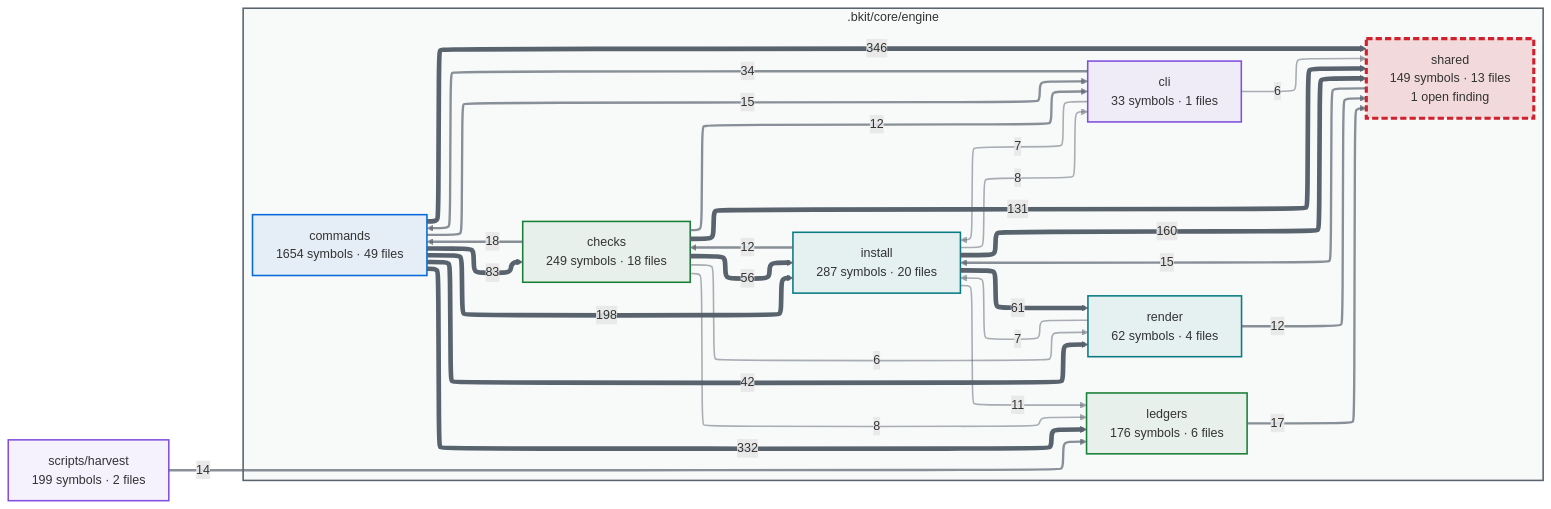
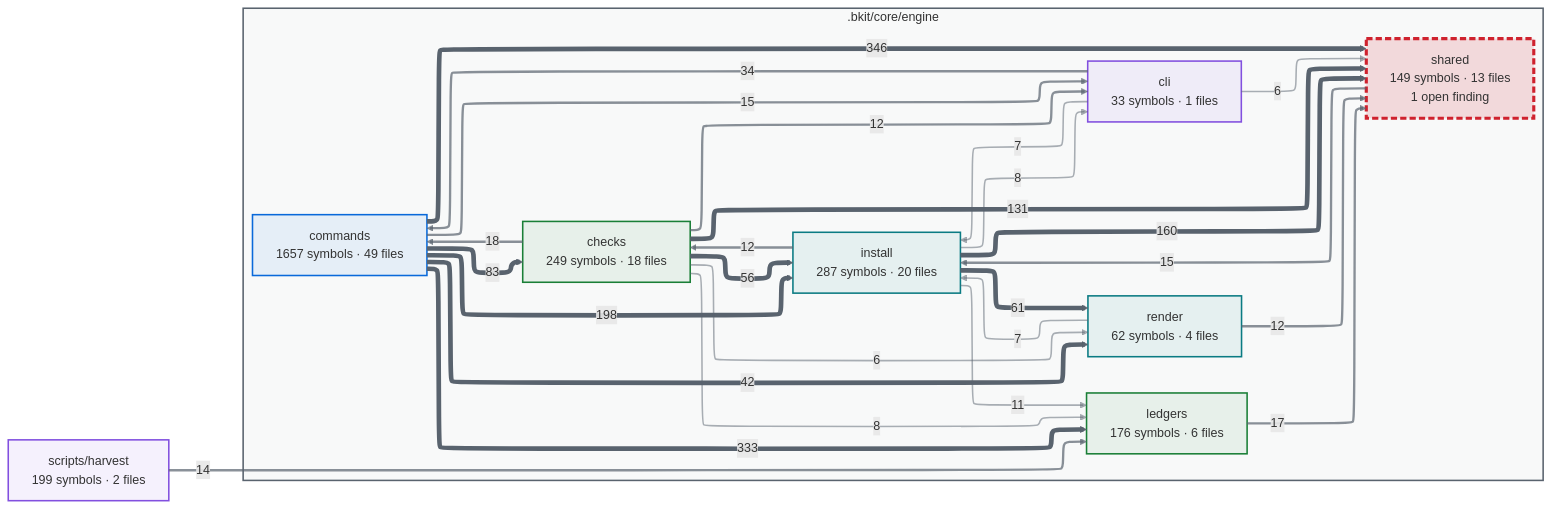
The first of 2 diagrams in docs/capabilities.md (cbartens/bkit), drawn with Mermaid before and after one commit. The commit also changed other lines of this file and 27 other files, not shown here.

First line of the commit message:
fix(branches): settle a conflict in a doc's generated diagram block and rebuild it

````diff
--- a/docs/capabilities.md
+++ b/docs/capabilities.md
@@ -153,80 +153,80 @@
 ```mermaid
 ---
 config:
   layout: elk
   themeCSS: "marker { overflow: visible; } marker path { transform: scale(1.8); transform-origin: 5px 5px; }"
   flowchart:
     useMaxWidth: false
 ---
 flowchart LR
-  %% Generated by bkit-graphify-rollup.py from 7f470be5e9d75c603fa957d03e997b9e8e2fed9a — do not edit
+  %% Generated by bkit-graphify-rollup.py from f1acd28aca82ed6458c9a8116a2a2e9bff3c96d6 — do not edit
   subgraph gn_bkit_core_engine[".bkit/core/engine"]
     n_bkit_core_engine_checks["checks<br/>249 symbols · 18 files"]
     n_bkit_core_engine_cli["cli<br/>33 symbols · 1 files"]
-    n_bkit_core_engine_commands["commands<br/>1654 symbols · 49 files"]
+    n_bkit_core_engine_commands["commands<br/>1657 symbols · 49 files"]
     n_bkit_core_engine_install["install<br/>287 symbols · 20 files"]
     n_bkit_core_engine_ledgers["ledgers<br/>176 symbols · 6 files"]
     n_bkit_core_engine_render["render<br/>62 symbols · 4 files"]
     n_bkit_core_engine_shared["shared<br/>149 symbols · 13 files<br/>1 open finding"]
   end
   nscripts_harvest["scripts/harvest<br/>199 symbols · 2 files"]
   n_bkit_core_engine_commands -->|346| n_bkit_core_engine_shared
-  n_bkit_core_engine_commands -->|332| n_bkit_core_engine_ledgers
+  n_bkit_core_engine_commands -->|333| n_bkit_core_engine_ledgers
   n_bkit_core_engine_commands -->|198| n_bkit_core_engine_install
   n_bkit_core_engine_install -->|160| n_bkit_core_engine_shared
   n_bkit_core_engine_checks -->|131| n_bkit_core_engine_shared
   n_bkit_core_engine_commands -->|83| n_bkit_core_engine_checks
   n_bkit_core_engine_install -->|61| n_bkit_core_engine_render
   n_bkit_core_engine_checks -->|56| n_bkit_core_engine_install
   n_bkit_core_engine_commands -->|42| n_bkit_core_engine_render
   n_bkit_core_engine_cli -->|34| n_bkit_core_engine_commands
   n_bkit_core_engine_checks -->|18| n_bkit_core_engine_commands
   n_bkit_core_engine_ledgers -->|17| n_bkit_core_engine_shared
   n_bkit_core_engine_shared -->|15| n_bkit_core_engine_install
   n_bkit_core_engine_commands -->|15| n_bkit_core_engine_cli
   nscripts_harvest -->|14| n_bkit_core_engine_ledgers
   n_bkit_core_engine_install -->|12| n_bkit_core_engine_checks
   n_bkit_core_engine_checks -->|12| n_bkit_core_engine_cli
   n_bkit_core_engine_render -->|12| n_bkit_core_engine_shared
   n_bkit_core_engine_install -->|11| n_bkit_core_engine_ledgers
   n_bkit_core_engine_checks -->|8| n_bkit_core_engine_ledgers
   n_bkit_core_engine_install -->|8| n_bkit_core_engine_cli
   n_bkit_core_engine_cli -->|7| n_bkit_core_engine_install
   n_bkit_core_engine_render -->|7| n_bkit_core_engine_install
   n_bkit_core_engine_checks -->|6| n_bkit_core_engine_render
   n_bkit_core_engine_cli -->|6| n_bkit_core_engine_shared
   style gn_bkit_core_engine fill:#59636e0a,stroke:#59636e,stroke-width:2px
   style n_bkit_core_engine_checks stroke:#1a7f37,stroke-width:2px,fill:#1a7f3714
   style n_bkit_core_engine_cli stroke:#8250df,stroke-width:2px,fill:#8250df14
   style n_bkit_core_engine_commands stroke:#0969da,stroke-width:2px,fill:#0969da14
   style n_bkit_core_engine_install stroke:#0a7b83,stroke-width:2px,fill:#0a7b8314
   style n_bkit_core_engine_ledgers stroke:#1a7f37,stroke-width:2px,fill:#1a7f3714
   style n_bkit_core_engine_render stroke:#0a7b83,stroke-width:2px,fill:#0a7b8314
   style n_bkit_core_engine_shared stroke:#cf222e,stroke-width:4px,stroke-dasharray:8 4,fill:#cf222e26
   style nscripts_harvest stroke:#8250df,stroke-width:2px,fill:#8250df14
   linkStyle 0 stroke:#59636e,stroke-width:6px
   linkStyle 1 stroke:#59636e,stroke-width:6px
   linkStyle 2 stroke:#59636e,stroke-width:6px
   linkStyle 3 stroke:#59636e,stroke-width:6px
   linkStyle 4 stroke:#59636e,stroke-width:6px
   linkStyle 5 stroke:#59636e,stroke-width:6px
   linkStyle 6 stroke:#59636e,stroke-width:6px
   linkStyle 7 stroke:#59636e,stroke-width:6px
   linkStyle 8 stroke:#59636e,stroke-width:6px
   linkStyle 9 stroke:#59636eb3,stroke-width:3px
   linkStyle 10 stroke:#59636eb3,stroke-width:3px
   linkStyle 11 stroke:#59636eb3,stroke-width:3px
   linkStyle 12 stroke:#59636eb3,stroke-width:3px
   linkStyle 13 stroke:#59636eb3,stroke-width:3px
   linkStyle 14 stroke:#59636eb3,stroke-width:3px
   linkStyle 15 stroke:#59636eb3,stroke-width:3px
   linkStyle 16 stroke:#59636eb3,stroke-width:3px
   linkStyle 17 stroke:#59636eb3,stroke-width:3px
   linkStyle 18 stroke:#59636e80,stroke-width:2px
   linkStyle 19 stroke:#59636e80,stroke-width:2px
   linkStyle 20 stroke:#59636e80,stroke-width:2px
   linkStyle 21 stroke:#59636e80,stroke-width:2px
   linkStyle 22 stroke:#59636e80,stroke-width:2px
   linkStyle 23 stroke:#59636e80,stroke-width:2px
   linkStyle 24 stroke:#59636e80,stroke-width:2px
 ```
````
